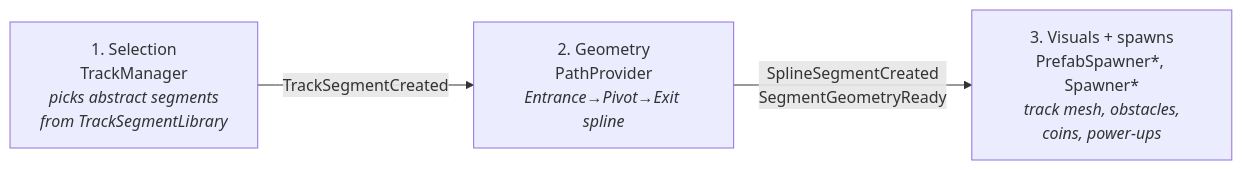
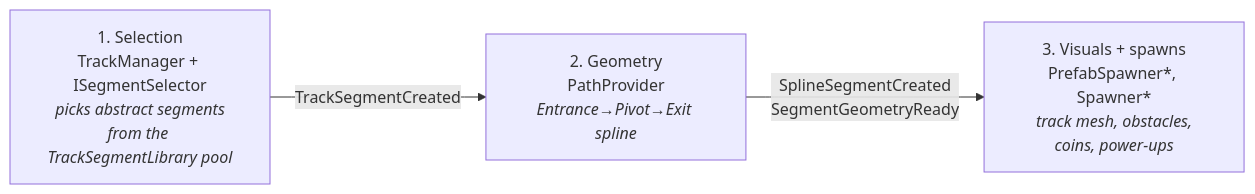
Before and after one commit to crawfis/EndlessRunnerTemplate: the first of 2 diagrams in docs/TRACKS.md, drawn with Mermaid. The commit also changed other lines of this file and 24 other files, not shown here.

````diff
--- a/docs/TRACKS.md
+++ b/docs/TRACKS.md
@@ -12,8 +12,8 @@
 ```mermaid
 flowchart LR
-    A["1. Selection<br/>TrackManager<br/><i>picks abstract segments<br/>from TrackSegmentLibrary</i>"]
+    A["1. Selection<br/>TrackManager + ISegmentSelector<br/><i>picks abstract segments<br/>from the TrackSegmentLibrary pool</i>"]
       -->|TrackSegmentCreated| B
     B["2. Geometry<br/>PathProvider<br/><i>Entrance→Pivot→Exit spline</i>"]
       -->|SplineSegmentCreated<br/>SegmentGeometryReady| C
     C["3. Visuals + spawns<br/>PrefabSpawner*, Spawner*<br/><i>track mesh, obstacles,<br/>coins, power-ups</i>"]
 ```
````
